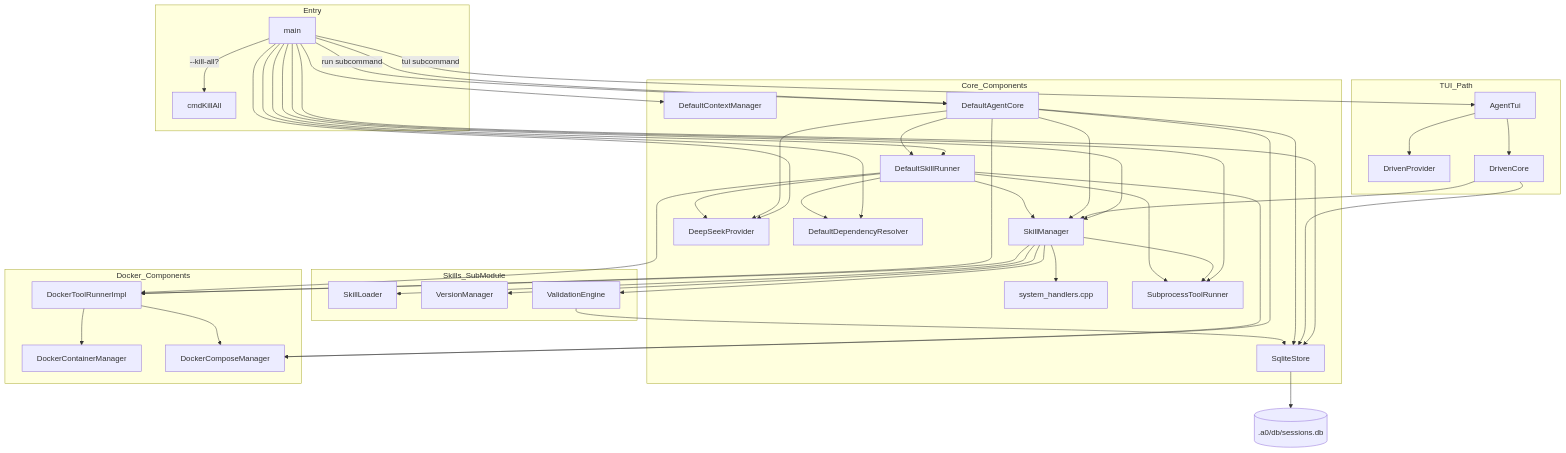
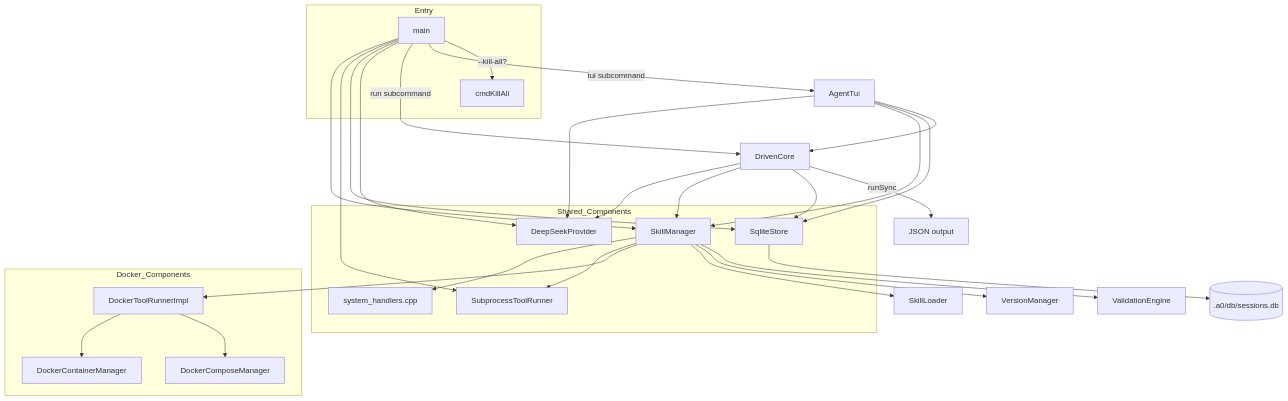
The first of 2 diagrams in src/main.spec.md (opensassi/a0), drawn with Mermaid before and after one commit. The commit also changed other lines of this file and 30 other files, not shown here.

````diff
--- a/src/main.spec.md
+++ b/src/main.spec.md
@@ -155,82 +73,50 @@
 ```mermaid
 graph TB
     subgraph Entry
         M[main]
         KA[cmdKillAll]
     end
 
-    subgraph Core_Components
+    subgraph Shared_Components
         SM[SkillManager]
         HANDLERS[system_handlers.cpp]
         TR[SubprocessToolRunner]
-        DP[DeepSeekProvider]
-        CM[DefaultContextManager]
         PS[SqliteStore]
-        DR[DefaultDependencyResolver]
-
-        SR[DefaultSkillRunner]
-        CORE[DefaultAgentCore]
-    end
-
-    subgraph Skills_SubModule
-        SL[SkillLoader]
-        VM[VersionManager]
-        VE[ValidationEngine]
+        LM[DeepSeekProvider]
     end
 
     subgraph Docker_Components
         DCM[DockerContainerManager]
         DCoM[DockerComposeManager]
         DTR[DockerToolRunnerImpl]
     end
 
     M --> SM
     M --> TR
-    M --> DP
-    M --> CM
     M --> PS
-    M --> DR
-
-    M --> SR
-    M --> CORE
-    M -->|run subcommand| CORE
-    M -->|tui subcommand| TUI
+    M --> LM
+    M -->|run subcommand| DC[DrivenCore]
+    M -->|tui subcommand| TUI[AgentTui]
     M -->|--kill-all?| KA
 
-    subgraph TUI_Path
-        TUI[AgentTui]
-        TDP[DrivenProvider]
-        TDC[DrivenCore]
-    end
+    DC --> LM
+    DC --> SM
+    DC --> PS
+    DC -->|runSync| RESULT[JSON output]
 
-    TUI --> TDP
-    TUI --> TDC
-    TDC --> SM
-    TDC --> PS
+    TUI --> LM
+    TUI --> SM
+    TUI --> PS
+    TUI --> DC
 
     SM --> HANDLERS
-    SM --> SL
-    SM --> VM
-    SM --> VE
     SM --> TR
     SM --> DTR
+    SM --> SL[SkillLoader]
+    SM --> VM[VersionManager]
+    SM --> VE[ValidationEngine]
 
-    CORE --> SM
-    CORE --> SR
-    CORE --> DP
-    CORE --> PS
-    CORE --> DTR
-    CORE --> DCoM
-
-    SR --> SM
-    SR --> TR
-    SR --> DTR
-    SR --> DCoM
-    SR --> DP
-    SR --> DR
-
-    VE --> PS
+    PS --> DB[(.a0/db/sessions.db)]
     DTR --> DCM
     DTR --> DCoM
-    PS --> DB[(.a0/db/sessions.db)]
 ```
````
